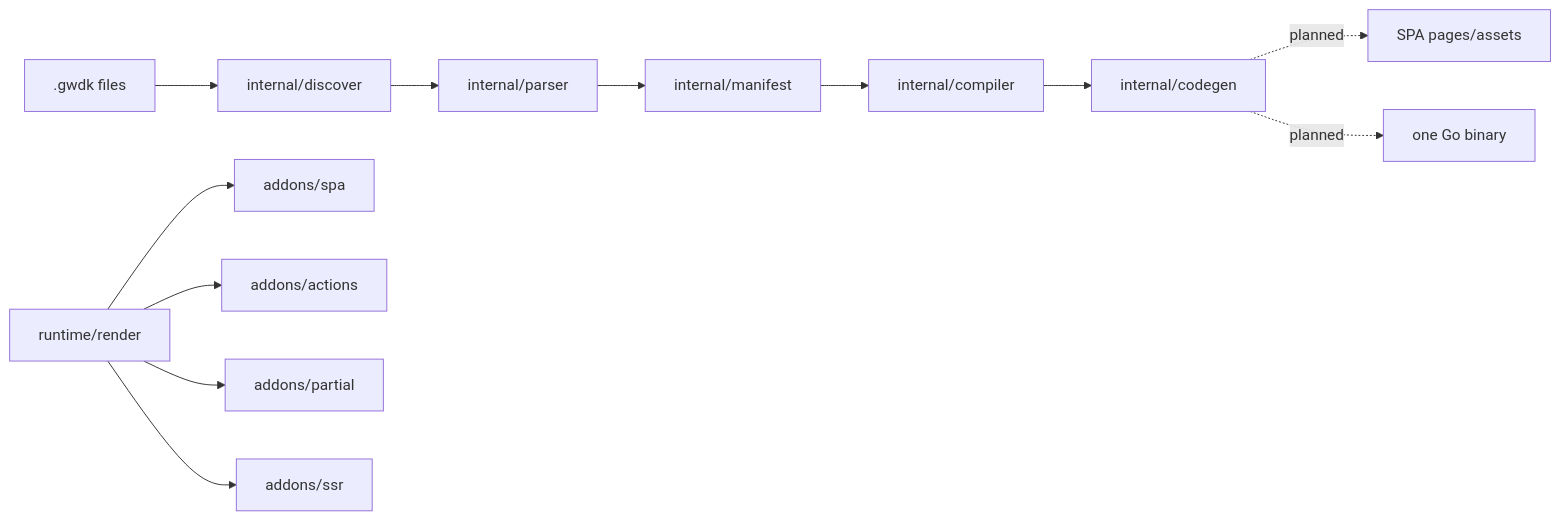
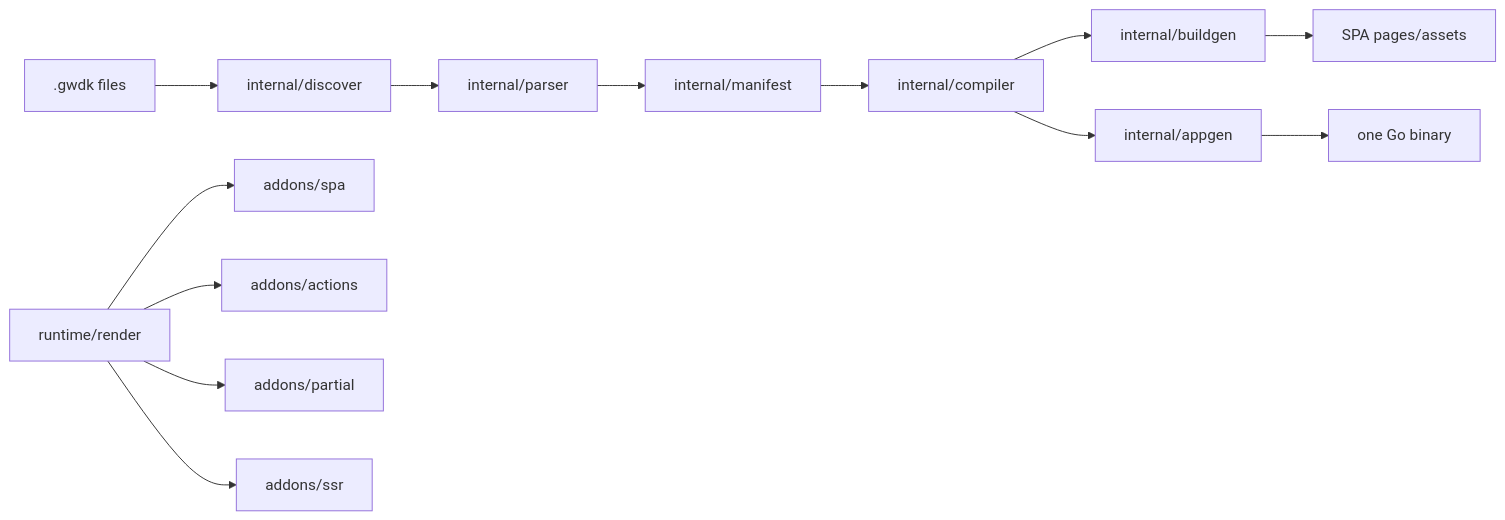
Before and after one commit to cssbruno/GoWDK: the diagram in docs/engineering/architecture.md, drawn with Mermaid. The commit also changed other lines of this file and 43 other files, not shown here.

Commit message:
docs: reorganize gowdk roadmap

````diff
--- a/docs/engineering/architecture.md
+++ b/docs/engineering/architecture.md
@@ -234,15 +233,16 @@
 ```mermaid
 flowchart LR
   Source[.gwdk files] --> Discover[internal/discover]
   Discover --> Parser[internal/parser]
   Parser --> Manifest[internal/manifest]
   Manifest --> Compiler[internal/compiler]
-  Compiler --> Codegen[internal/codegen]
-  Codegen -. planned .-> SPA[SPA pages/assets]
-  Codegen -. planned .-> Binary[one Go binary]
+  Compiler --> Buildgen[internal/buildgen]
+  Compiler --> Appgen[internal/appgen]
+  Buildgen --> SPA[SPA pages/assets]
+  Appgen --> Binary[one Go binary]
 
   Render[runtime/render] --> SPAAddon[addons/spa]
   Render --> ActionsAddon[addons/actions]
   Render --> PartialAddon[addons/partial]
   Render --> SSRAddon[addons/ssr]
 ```
````
